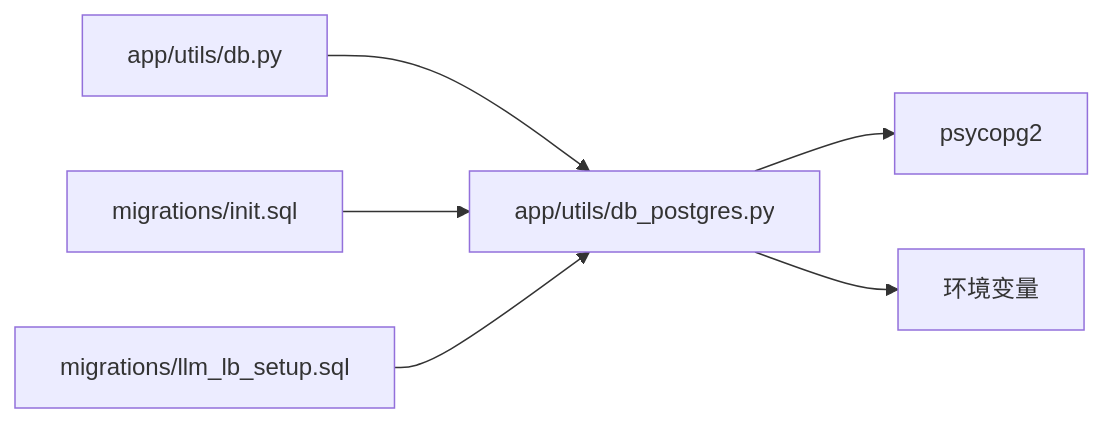
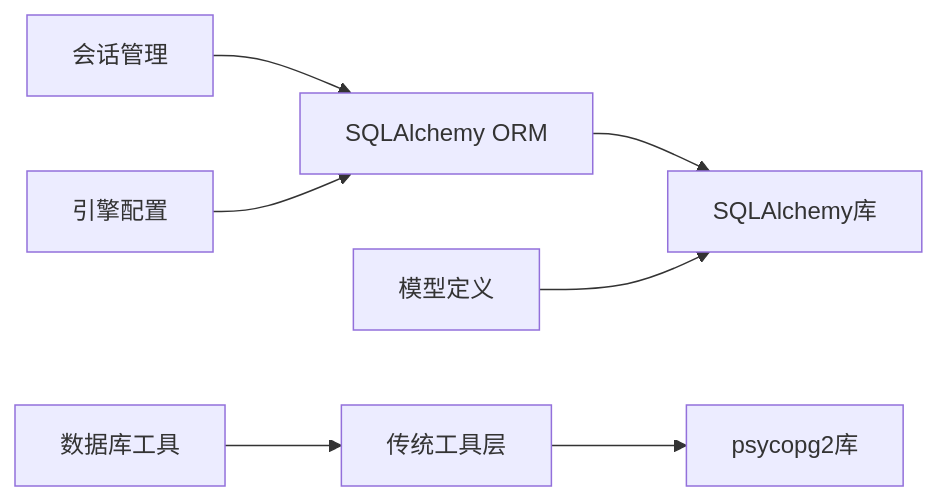
The sixth of 6 diagrams in .qoder/repowiki/zh/content/配置管理/数据库配置.md (joezxh/QuantDinger), drawn with Mermaid before and after one commit. The commit also changed other lines of this file and 27 other files, not shown here.

````diff
--- a/.qoder/repowiki/zh/content/配置管理/数据库配置.md
+++ b/.qoder/repowiki/zh/content/配置管理/数据库配置.md
@@ -732,8 +247,9 @@
 ```mermaid
 graph LR
-DBPY["app/utils/db.py"] --> PGUTIL["app/utils/db_postgres.py"]
-PGUTIL --> PSYCOPG2["psycopg2"]
-PGUTIL --> ENV["环境变量"]
-INIT["migrations/init.sql"] --> PGUTIL
-LLM["migrations/llm_lb_setup.sql"] --> PGUTIL
+ORM["SQLAlchemy ORM"] --> SQLA["SQLAlchemy库"]
+TOOL["传统工具层"] --> PSYCOPG2["psycopg2库"]
+MODELS["模型定义"] --> SQLA
+SESSION["会话管理"] --> ORM
+ENGINE["引擎配置"] --> ORM
+DBUTIL["数据库工具"] --> TOOL
 ```
````
